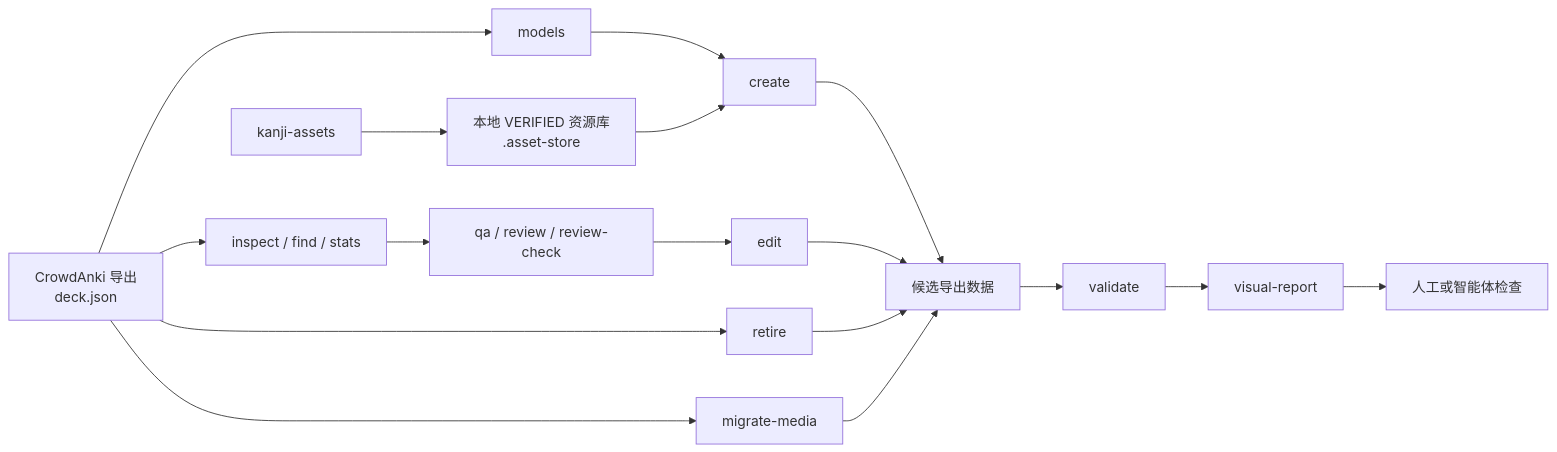
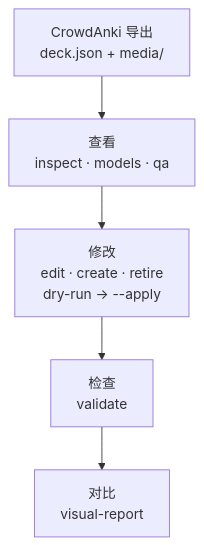
The diagram in README.zh-CN.md (Flandre-Scarlet-the-best/anki-deck-toolkit), drawn with Mermaid before and after one commit. The commit also changed other lines of this file and 8 other files, not shown here.

First line of the commit message:
docs(readme): посадочная страница с настоящим visual-report и воспроизводимым быстрым стартом (#32)

````diff
--- a/README.zh-CN.md
+++ b/README.zh-CN.md
@@ -57,22 +63,7 @@
 ```mermaid
-flowchart LR
-    A["CrowdAnki 导出<br/>deck.json"] --> B["inspect / find / stats"]
-    A --> C["models"]
-    B --> D["qa / review / review-check"]
-    C --> E["create"]
-    D --> F["edit"]
-    A --> G["retire"]
-    A --> N["migrate-media"]
-
-    H["kanji-assets"] --> I["本地 VERIFIED 资源库<br/>.asset-store"]
-    I --> E
-
-    E --> J["候选导出数据"]
-    F --> J
-    G --> J
-    N --> J
-
-    J --> K["validate"]
-    K --> L["visual-report"]
-    L --> M["人工或智能体检查"]
+flowchart TB
+    A["CrowdAnki 导出<br/>deck.json + media/"] --> B["查看<br/>inspect · models · qa"]
+    B --> C["修改<br/>edit · create · retire<br/>dry-run → --apply"]
+    C --> D["检查<br/>validate"]
+    D --> E["对比<br/>visual-report"]
 ```
````
